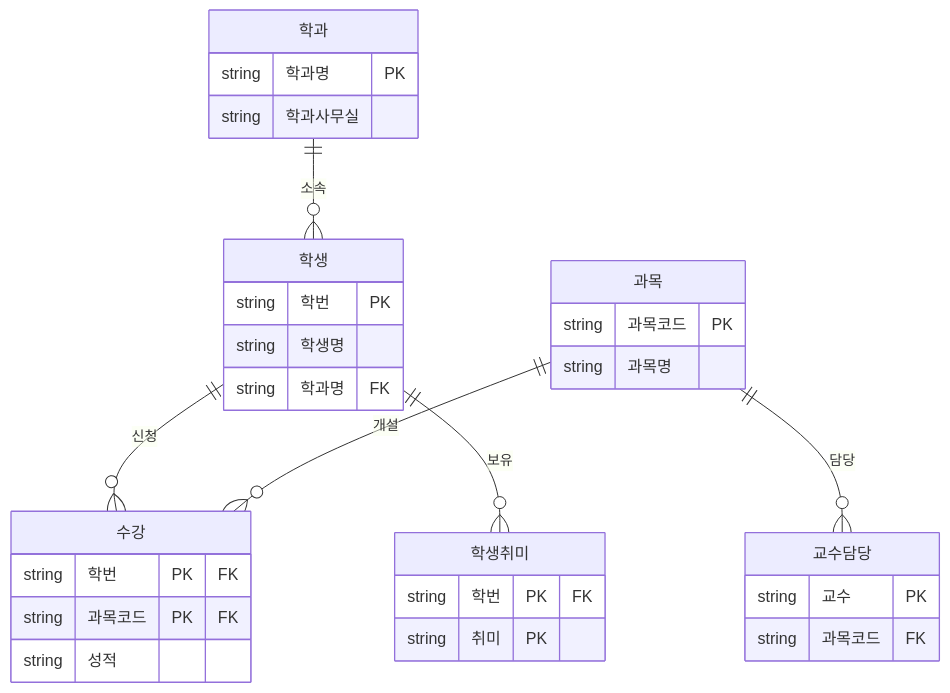
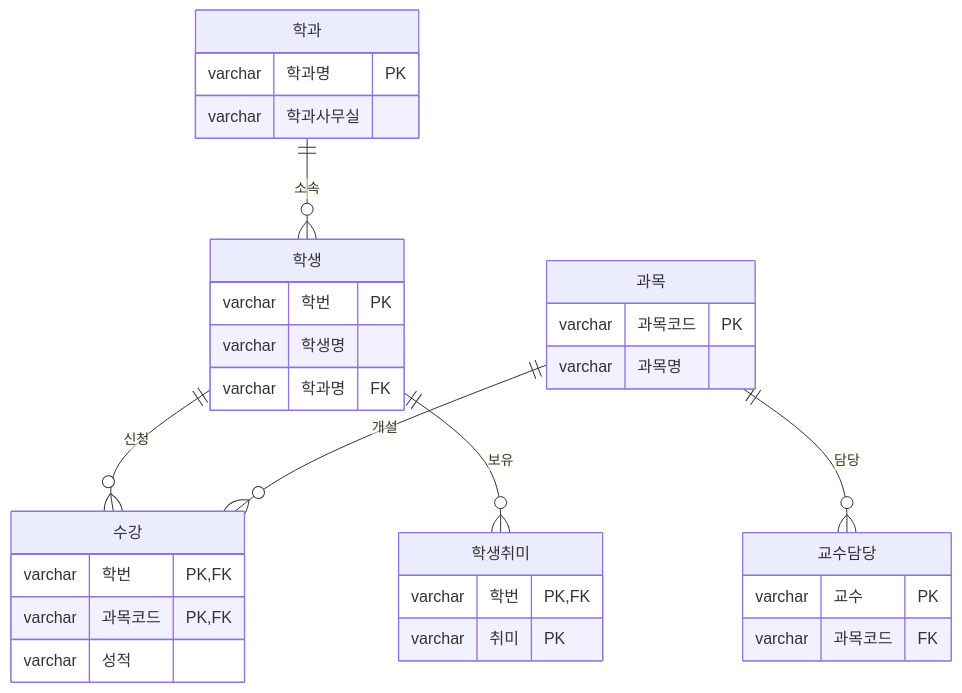
The sixth of 6 diagrams in _posts/sql/2026-08-10-sql-normalization.md (sungjin-dev/sungjin-dev.github.io), drawn with Mermaid before and after one commit.

````diff
--- a/_posts/sql/2026-08-10-sql-normalization.md
+++ b/_posts/sql/2026-08-10-sql-normalization.md
@@ -1076,35 +1076,35 @@
 ```mermaid
 erDiagram
-    학과 ||--o{ 학생 : 소속
-    학생 ||--o{ 수강 : 신청
-    과목 ||--o{ 수강 : 개설
-    과목 ||--o{ 교수담당 : 담당
-    학생 ||--o{ 학생취미 : 보유
+    학과 ||--o{ 학생 : "소속"
+    학생 ||--o{ 수강 : "신청"
+    과목 ||--o{ 수강 : "개설"
+    과목 ||--o{ 교수담당 : "담당"
+    학생 ||--o{ 학생취미 : "보유"
 
     학과 {
-        string 학과명 PK
-        string 학과사무실
+        varchar 학과명 PK
+        varchar 학과사무실
     }
     학생 {
-        string 학번 PK
-        string 학생명
-        string 학과명 FK
+        varchar 학번 PK
+        varchar 학생명
+        varchar 학과명 FK
     }
     과목 {
-        string 과목코드 PK
-        string 과목명
+        varchar 과목코드 PK
+        varchar 과목명
     }
     수강 {
-        string 학번 PK "FK"
-        string 과목코드 PK "FK"
-        string 성적
+        varchar 학번 PK,FK
+        varchar 과목코드 PK,FK
+        varchar 성적
     }
     교수담당 {
-        string 교수 PK
-        string 과목코드 FK
+        varchar 교수 PK
+        varchar 과목코드 FK
     }
     학생취미 {
-        string 학번 PK "FK"
-        string 취미 PK
+        varchar 학번 PK,FK
+        varchar 취미 PK
     }
 ```
````
